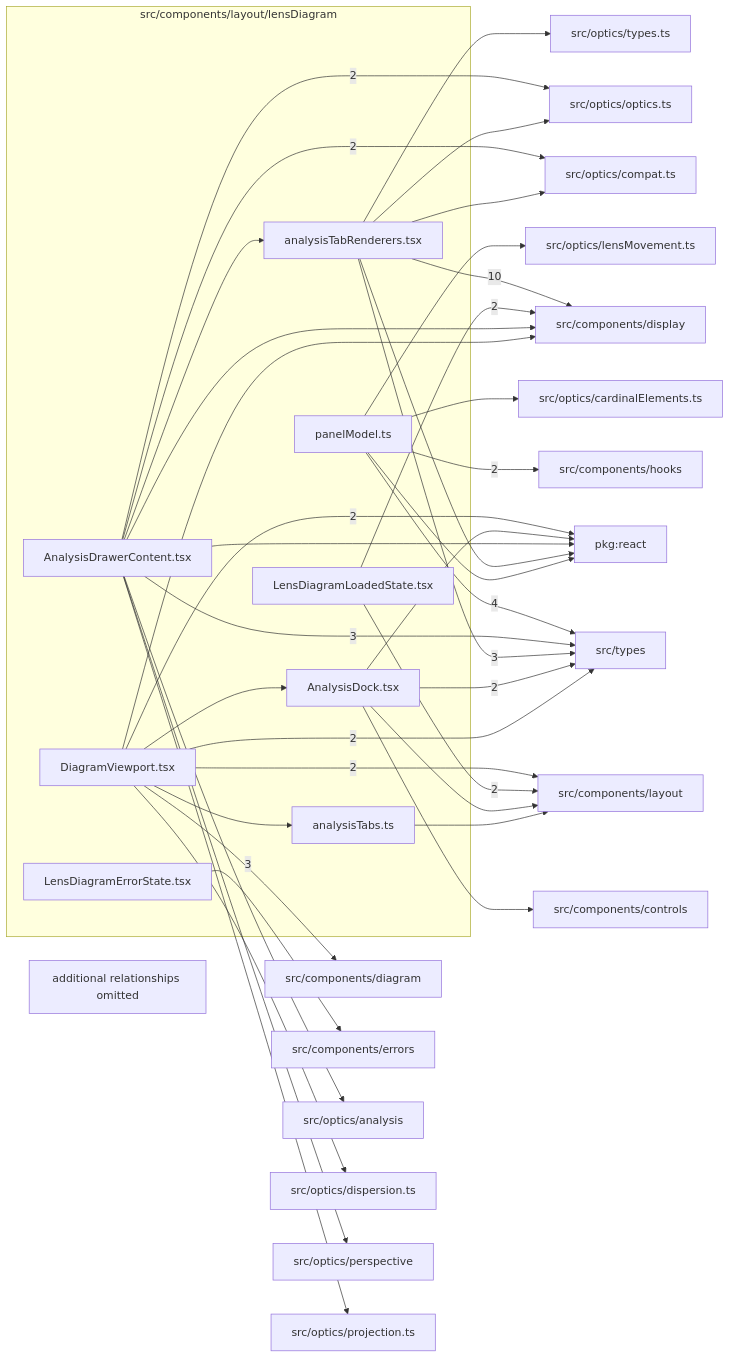
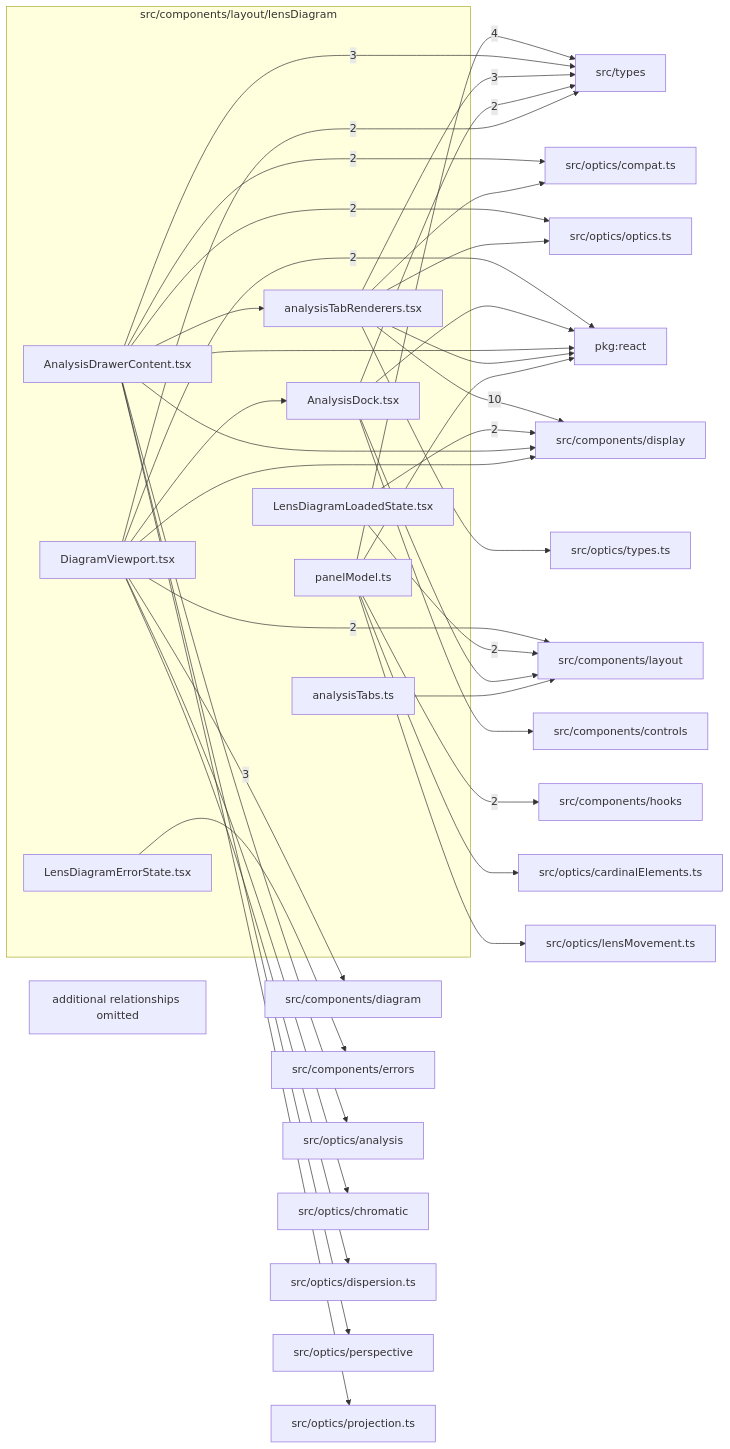
The diagram in src/components/layout/lensDiagram/readme.md (ronbuening/LensVisualizer), drawn with Mermaid before and after one commit. The commit also changed other lines of this file and 3 other files, not shown here.

````diff
--- a/src/components/layout/lensDiagram/readme.md
+++ b/src/components/layout/lensDiagram/readme.md
@@ -9,67 +9,68 @@
 ```mermaid
 flowchart LR
   subgraph n_src_components_layout_lensDiagram["src/components/layout/lensDiagram"]
     n_src_components_layout_lensDiagram_src_components_layout_lensDiagram_AnalysisDock_tsx["AnalysisDock.tsx"]
     n_src_components_layout_lensDiagram_src_components_layout_lensDiagram_AnalysisDrawerContent_tsx["AnalysisDrawerContent.tsx"]
     n_src_components_layout_lensDiagram_src_components_layout_lensDiagram_analysisTabRenderers_tsx["analysisTabRenderers.tsx"]
     n_src_components_layout_lensDiagram_src_components_layout_lensDiagram_analysisTabs_ts["analysisTabs.ts"]
     n_src_components_layout_lensDiagram_src_components_layout_lensDiagram_DiagramViewport_tsx["DiagramViewport.tsx"]
     n_src_components_layout_lensDiagram_src_components_layout_lensDiagram_LensDiagramErrorState_tsx["LensDiagramErrorState.tsx"]
     n_src_components_layout_lensDiagram_src_components_layout_lensDiagram_LensDiagramLoadedState_tsx["LensDiagramLoadedState.tsx"]
     n_src_components_layout_lensDiagram_src_components_layout_lensDiagram_panelModel_ts["panelModel.ts"]
   end
   n_external_src_components_display["src/components/display"]
   n_external_src_types["src/types"]
   n_external_src_components_diagram["src/components/diagram"]
   n_external_pkg_react["pkg:react"]
   n_external_src_components_hooks["src/components/hooks"]
   n_external_src_components_layout["src/components/layout"]
   n_external_src_optics_compat_ts["src/optics/compat.ts"]
   n_external_src_optics_optics_ts["src/optics/optics.ts"]
   n_external_src_components_controls["src/components/controls"]
   n_external_src_components_errors["src/components/errors"]
   n_external_src_optics_analysis["src/optics/analysis"]
   n_external_src_optics_cardinalElements_ts["src/optics/cardinalElements.ts"]
+  n_external_src_optics_chromatic["src/optics/chromatic"]
   n_external_src_optics_dispersion_ts["src/optics/dispersion.ts"]
   n_external_src_optics_lensMovement_ts["src/optics/lensMovement.ts"]
   n_external_src_optics_perspective["src/optics/perspective"]
   n_external_src_optics_projection_ts["src/optics/projection.ts"]
   n_external_src_optics_types_ts["src/optics/types.ts"]
   n_src_components_layout_lensDiagram_src_components_layout_lensDiagram_analysisTabRenderers_tsx --> |10| n_external_src_components_display
   n_src_components_layout_lensDiagram_src_components_layout_lensDiagram_panelModel_ts --> |4| n_external_src_types
   n_src_components_layout_lensDiagram_src_components_layout_lensDiagram_DiagramViewport_tsx --> |3| n_external_src_components_diagram
   n_src_components_layout_lensDiagram_src_components_layout_lensDiagram_AnalysisDrawerContent_tsx --> |3| n_external_src_types
   n_src_components_layout_lensDiagram_src_components_layout_lensDiagram_analysisTabRenderers_tsx --> |3| n_external_src_types
   n_src_components_layout_lensDiagram_src_components_layout_lensDiagram_DiagramViewport_tsx --> |2| n_external_pkg_react
   n_src_components_layout_lensDiagram_src_components_layout_lensDiagram_LensDiagramLoadedState_tsx --> |2| n_external_src_components_display
   n_src_components_layout_lensDiagram_src_components_layout_lensDiagram_panelModel_ts --> |2| n_external_src_components_hooks
   n_src_components_layout_lensDiagram_src_components_layout_lensDiagram_DiagramViewport_tsx --> |2| n_external_src_components_layout
   n_src_components_layout_lensDiagram_src_components_layout_lensDiagram_LensDiagramLoadedState_tsx --> |2| n_external_src_components_layout
   n_src_components_layout_lensDiagram_src_components_layout_lensDiagram_AnalysisDrawerContent_tsx --> |2| n_external_src_optics_compat_ts
   n_src_components_layout_lensDiagram_src_components_layout_lensDiagram_AnalysisDrawerContent_tsx --> |2| n_external_src_optics_optics_ts
   n_src_components_layout_lensDiagram_src_components_layout_lensDiagram_AnalysisDock_tsx --> |2| n_external_src_types
   n_src_components_layout_lensDiagram_src_components_layout_lensDiagram_DiagramViewport_tsx --> |2| n_external_src_types
   n_src_components_layout_lensDiagram_src_components_layout_lensDiagram_AnalysisDock_tsx --> n_external_pkg_react
   n_src_components_layout_lensDiagram_src_components_layout_lensDiagram_AnalysisDrawerContent_tsx --> n_external_pkg_react
   n_src_components_layout_lensDiagram_src_components_layout_lensDiagram_analysisTabRenderers_tsx --> n_external_pkg_react
   n_src_components_layout_lensDiagram_src_components_layout_lensDiagram_panelModel_ts --> n_external_pkg_react
   n_src_components_layout_lensDiagram_src_components_layout_lensDiagram_AnalysisDock_tsx --> n_external_src_components_controls
   n_src_components_layout_lensDiagram_src_components_layout_lensDiagram_AnalysisDrawerContent_tsx --> n_external_src_components_display
   n_src_components_layout_lensDiagram_src_components_layout_lensDiagram_DiagramViewport_tsx --> n_external_src_components_display
   n_src_components_layout_lensDiagram_src_components_layout_lensDiagram_LensDiagramErrorState_tsx --> n_external_src_components_errors
   n_src_components_layout_lensDiagram_src_components_layout_lensDiagram_AnalysisDock_tsx --> n_external_src_components_layout
   n_src_components_layout_lensDiagram_src_components_layout_lensDiagram_analysisTabs_ts --> n_external_src_components_layout
   n_src_components_layout_lensDiagram_src_components_layout_lensDiagram_AnalysisDrawerContent_tsx --> n_external_src_optics_analysis
   n_src_components_layout_lensDiagram_src_components_layout_lensDiagram_panelModel_ts --> n_external_src_optics_cardinalElements_ts
+  n_src_components_layout_lensDiagram_src_components_layout_lensDiagram_DiagramViewport_tsx --> n_external_src_optics_chromatic
   n_src_components_layout_lensDiagram_src_components_layout_lensDiagram_analysisTabRenderers_tsx --> n_external_src_optics_compat_ts
   n_src_components_layout_lensDiagram_src_components_layout_lensDiagram_DiagramViewport_tsx --> n_external_src_optics_dispersion_ts
   n_src_components_layout_lensDiagram_src_components_layout_lensDiagram_panelModel_ts --> n_external_src_optics_lensMovement_ts
   n_src_components_layout_lensDiagram_src_components_layout_lensDiagram_analysisTabRenderers_tsx --> n_external_src_optics_optics_ts
   n_src_components_layout_lensDiagram_src_components_layout_lensDiagram_AnalysisDrawerContent_tsx --> n_external_src_optics_perspective
   n_src_components_layout_lensDiagram_src_components_layout_lensDiagram_AnalysisDrawerContent_tsx --> n_external_src_optics_projection_ts
   n_src_components_layout_lensDiagram_src_components_layout_lensDiagram_analysisTabRenderers_tsx --> n_external_src_optics_types_ts
   n_src_components_layout_lensDiagram_src_components_layout_lensDiagram_DiagramViewport_tsx --> n_src_components_layout_lensDiagram_src_components_layout_lensDiagram_AnalysisDock_tsx
   n_src_components_layout_lensDiagram_src_components_layout_lensDiagram_AnalysisDrawerContent_tsx --> n_src_components_layout_lensDiagram_src_components_layout_lensDiagram_analysisTabRenderers_tsx
-  n_src_components_layout_lensDiagram_src_components_layout_lensDiagram_DiagramViewport_tsx --> n_src_components_layout_lensDiagram_src_components_layout_lensDiagram_analysisTabs_ts
   n_src_components_layout_lensDiagram_truncated["additional relationships omitted"]
 ```
````
